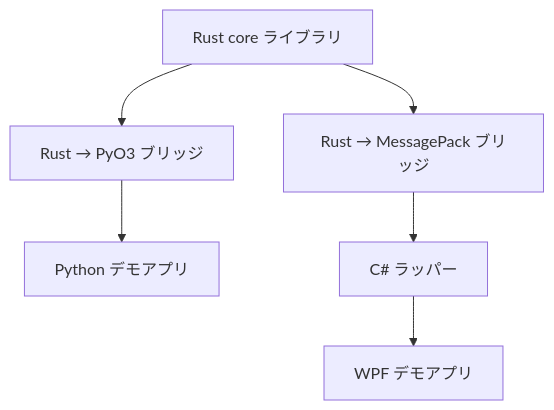
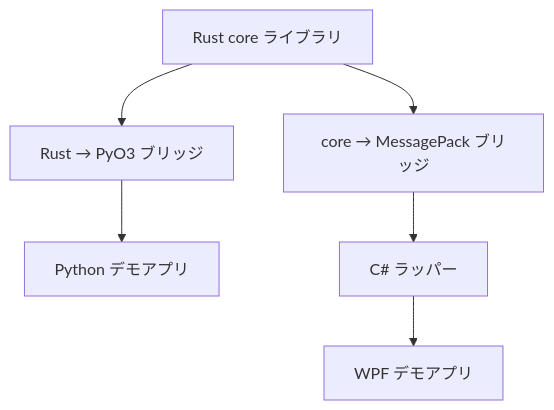
The diagram in README.md (kjozk/rust-bridge-demos), drawn with Mermaid before and after one commit. The commit also changed other lines of this file and 4 other files, not shown here.

Commit message:
README.mdの内容を更新し、MessagePackブリッジの役割を明確化。C#ブリッジのシーケンス図を追加。関数名を変更し、FFIのインターフェースを整理。

````diff
--- a/README.md
+++ b/README.md
@@ -44,20 +38,20 @@
 ```mermaid
 graph TD
     Core[Rust core ライブラリ]
 
     PyBridge[Rust → PyO3 ブリッジ]
     PyDemo[Python デモアプリ]
 
-    MsgPackBridge[Rust → MessagePack ブリッジ]
+    MsgPackBridge[core → MessagePack ブリッジ]
     DotnetBridge[C# ラッパー]
     DotnetDemo[WPF デモアプリ]
 
     %% Rust core からの依存
     Core --> PyBridge
     PyBridge --> PyDemo
 
     Core --> MsgPackBridge
     MsgPackBridge --> DotnetBridge
     DotnetBridge --> DotnetDemo
 
 ```
````
